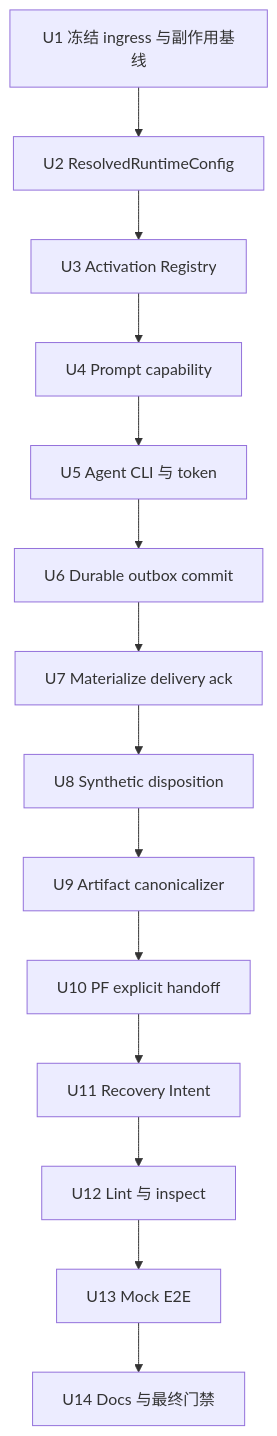
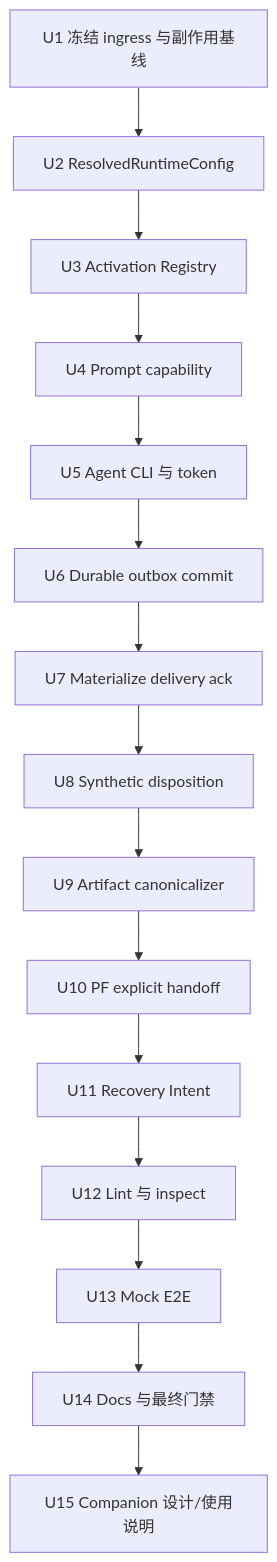
Before and after one commit to pittcat/ralph-orchestrator: the fifth of 5 diagrams in docs/plans/2026-07-30-004-refactor-unified-execution-contract-plan.md, drawn with Mermaid. The commit also changed other lines of this file, not shown here.

First line of the commit message:
docs(plan): 标记 004 前置 003 已合入,新增 U15 companion 文档,改用 passthrough 措辞

````diff
--- a/docs/plans/2026-07-30-004-refactor-unified-execution-contract-plan.md
+++ b/docs/plans/2026-07-30-004-refactor-unified-execution-contract-plan.md
@@ -2068,18 +2108,19 @@
 ```mermaid
 flowchart TB
   U1[U1 冻结 ingress 与副作用基线]
   U2[U2 ResolvedRuntimeConfig]
   U3[U3 Activation Registry]
   U4[U4 Prompt capability]
   U5[U5 Agent CLI 与 token]
   U6[U6 Durable outbox commit]
   U7[U7 Materialize delivery ack]
   U8[U8 Synthetic disposition]
   U9[U9 Artifact canonicalizer]
   U10[U10 PF explicit handoff]
   U11[U11 Recovery Intent]
   U12[U12 Lint 与 inspect]
   U13[U13 Mock E2E]
   U14[U14 Docs 与最终门禁]
-  U1 --> U2 --> U3 --> U4 --> U5 --> U6 --> U7 --> U8 --> U9 --> U10 --> U11 --> U12 --> U13 --> U14
+  U15[U15 Companion 设计/使用说明]
+  U1 --> U2 --> U3 --> U4 --> U5 --> U6 --> U7 --> U8 --> U9 --> U10 --> U11 --> U12 --> U13 --> U14 --> U15
 ```
````
